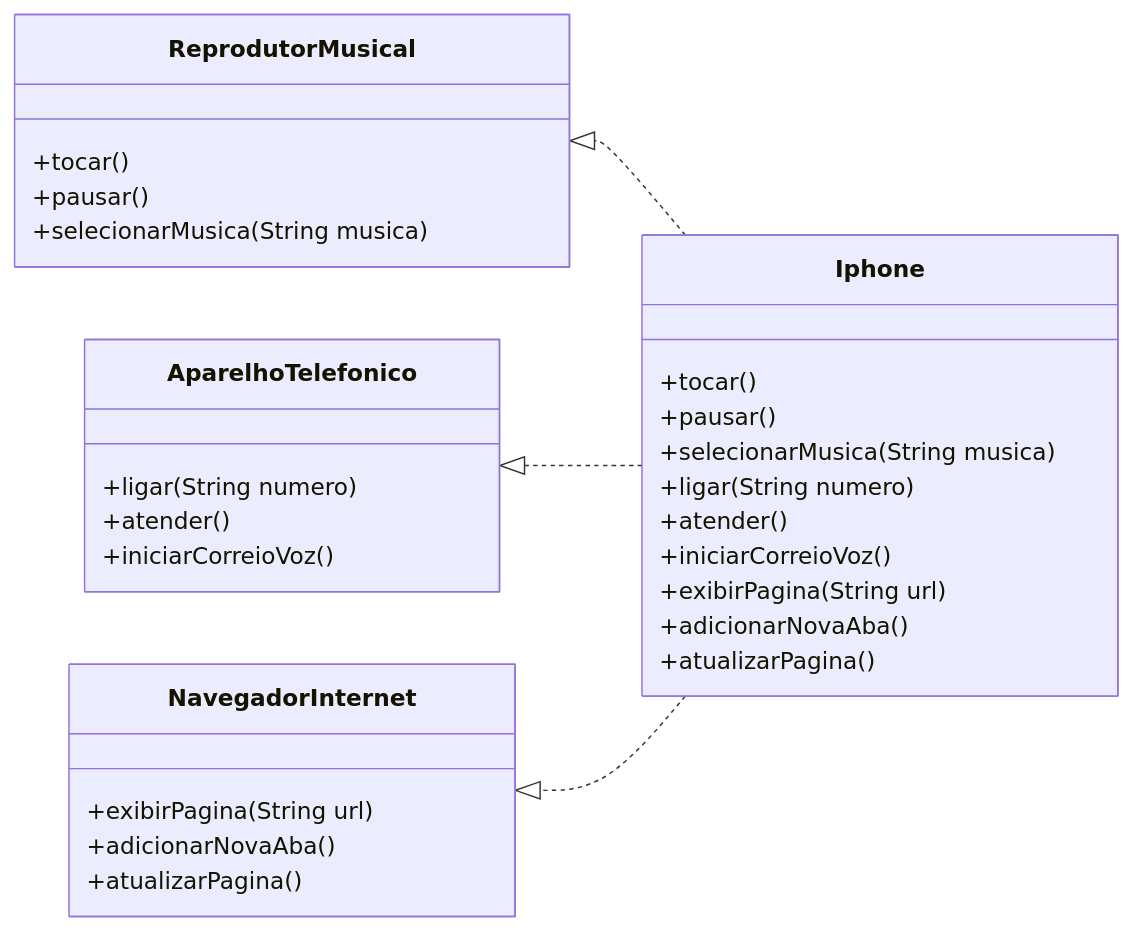
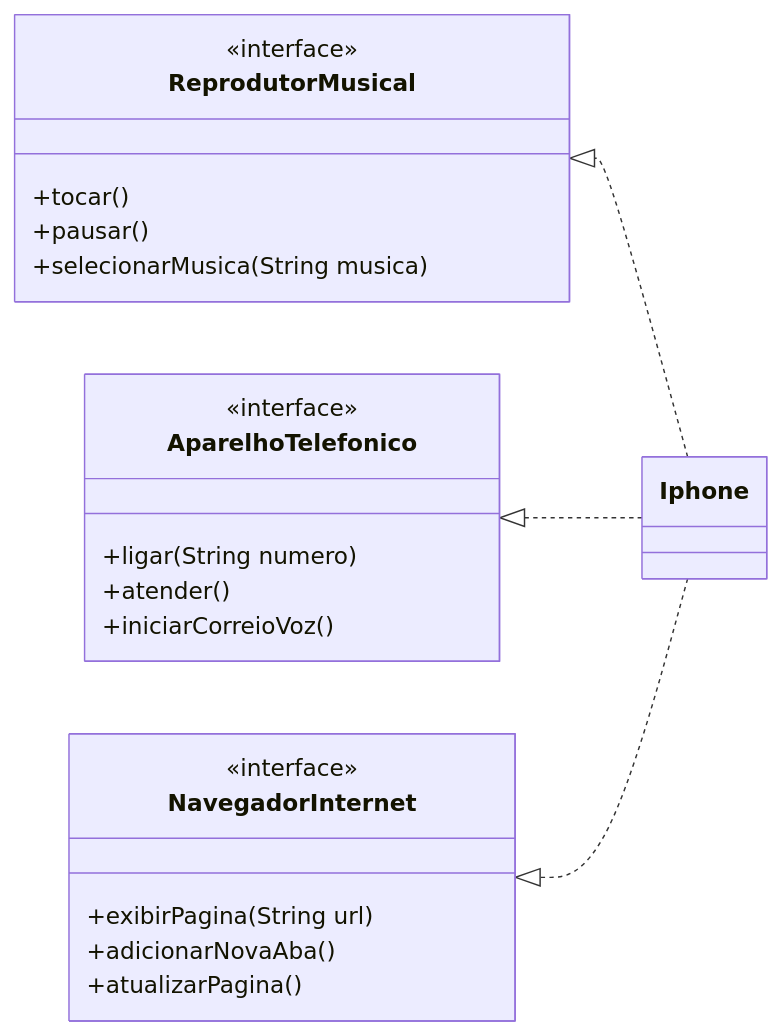
One commit to RafaelAlvesDS/dio-bootcamp-java-uml changed the diagram in README.md. Above: the diagram before and after it, drawn with Mermaid. The commit also changed other lines of this file, not shown here.

Commit message:
Reescreve o README

````diff
--- a/README.md
+++ b/README.md
@@ -7,38 +5,28 @@
 ```mermaid
 classDiagram
     direction RL
 
-    class Iphone {
+    class ReprodutorMusical {
+        <<interface>>
         +tocar()
         +pausar()
         +selecionarMusica(String musica)
+    }
+    class AparelhoTelefonico {
+        <<interface>>
         +ligar(String numero)
         +atender()
         +iniciarCorreioVoz()
+    }
+    class NavegadorInternet {
+        <<interface>>
         +exibirPagina(String url)
         +adicionarNovaAba()
         +atualizarPagina()
     }
-
-    class ReprodutorMusical {
-        +tocar()
-        +pausar()
-        +selecionarMusica(String musica)
-    }
-
-    class AparelhoTelefonico {
-        +ligar(String numero)
-        +atender()
-        +iniciarCorreioVoz()
-    }
-
-    class NavegadorInternet {
-        +exibirPagina(String url)
-        +adicionarNovaAba()
-        +atualizarPagina()
-    }
+    class Iphone
 
     Iphone ..|> ReprodutorMusical
     Iphone ..|> AparelhoTelefonico
     Iphone ..|> NavegadorInternet
 ```
````
